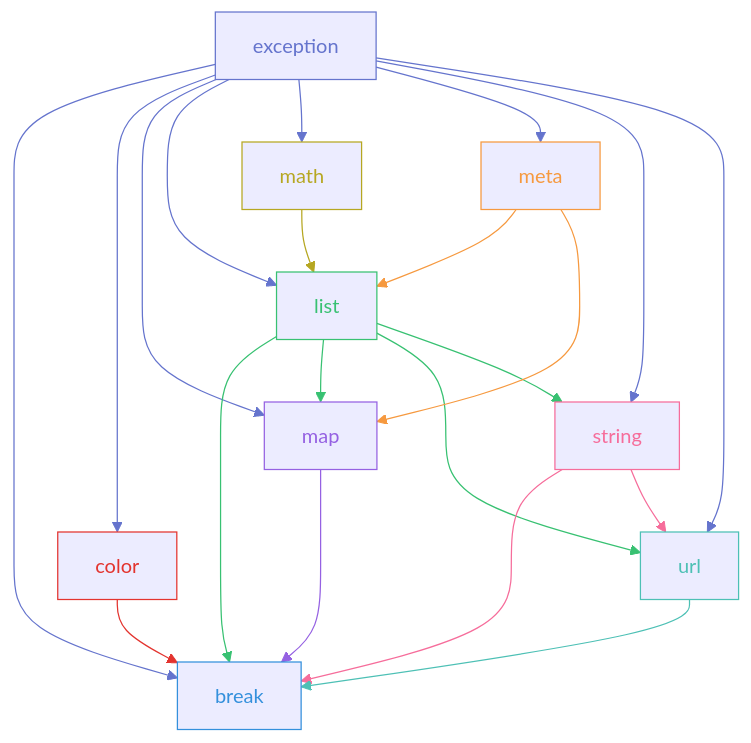
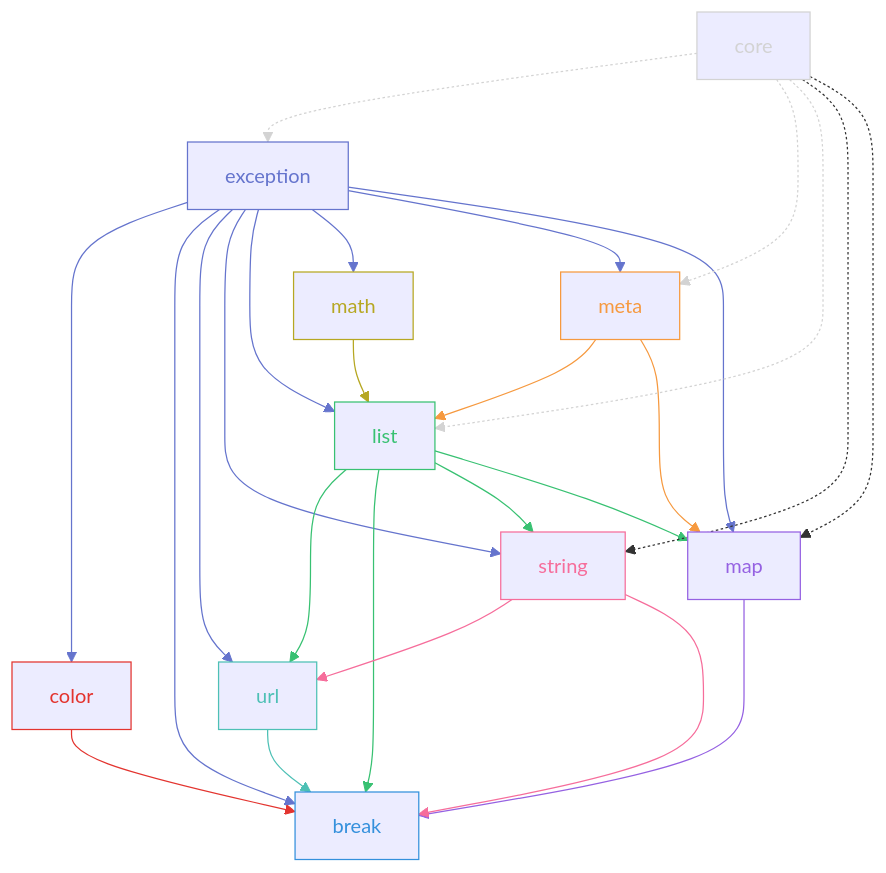
Before and after one commit to roydukkey/sass-fairy: the diagram in README.md, drawn with Mermaid. The commit also changed 44 other files, not shown here.

````diff
--- a/README.md
+++ b/README.md
@@ -44,29 +44,32 @@
 ```mermaid
 graph TD
-  color --> break
-  exception --> break & color & map & list & math & meta & string & url
-  list --> break & map & url & string
-  map --> break
-  math --> list
-  meta --> list & map
-  string --> break & url
-  url --> break
+  COLOR[color] --> BREAK[break]
+  EXCEPTION[exception] --> COLOR & BREAK & URL & STRING & LIST & MATH & META & MAP
+  LIST[list] --> URL & BREAK & STRING & MAP
+  MAP[map] --> BREAK
+  MATH[math] --> LIST
+  META[meta] --> LIST & MAP
+  STRING[string] --> URL & BREAK
+  URL[url] --> BREAK
+  CORE[core] -.-> EXCEPTION & META & LIST & STRING & MAP
 
-  style exception color:#6574cd,stroke:#6574cd
+  style EXCEPTION color:#6574cd,stroke:#6574cd
   linkStyle 1,2,3,4,5,6,7,8 stroke:#6574cd
-  style break color:#3490dc,stroke:#3490dc
-  style color color:#e3342f,stroke:#e3342f
+  style BREAK color:#3490dc,stroke:#3490dc
+  style COLOR color:#e3342f,stroke:#e3342f
   linkStyle 0 color:#e3342f,stroke:#e3342f
-  style list color:#38c172,stroke:#38c172
+  style LIST color:#38c172,stroke:#38c172
   linkStyle 9,10,11,12 stroke:#38c172
-  style map color:#9561e2,stroke:#9561e2
+  style MAP color:#9561e2,stroke:#9561e2
   linkStyle 13 stroke:#9561e2
-  style math color:#b6a722,stroke:#b6a722
+  style MATH color:#b6a722,stroke:#b6a722
   linkStyle 14 stroke:#b6a722
-  style meta color:#f6993f,stroke:#f6993f
+  style META color:#f6993f,stroke:#f6993f
   linkStyle 15,16 stroke:#f6993f
-  style string color:#f66d9b,stroke:#f66d9b
+  style STRING color:#f66d9b,stroke:#f66d9b
   linkStyle 17,18 stroke:#f66d9b
-  style url color:#4dc0b5,stroke:#4dc0b5
+  style URL color:#4dc0b5,stroke:#4dc0b5
   linkStyle 19 stroke:#4dc0b5
+  style CORE color:lightgrey,stroke:lightgrey
+  linkStyle 20,21,22 stroke:lightgrey
 ```
````
